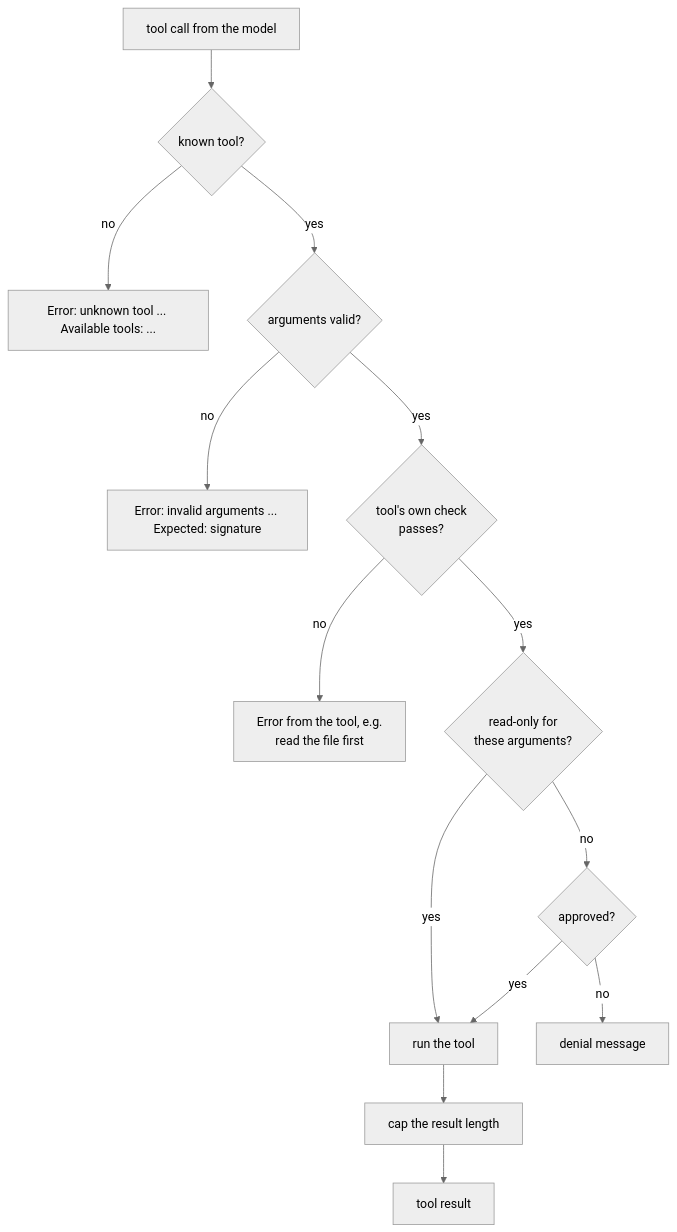
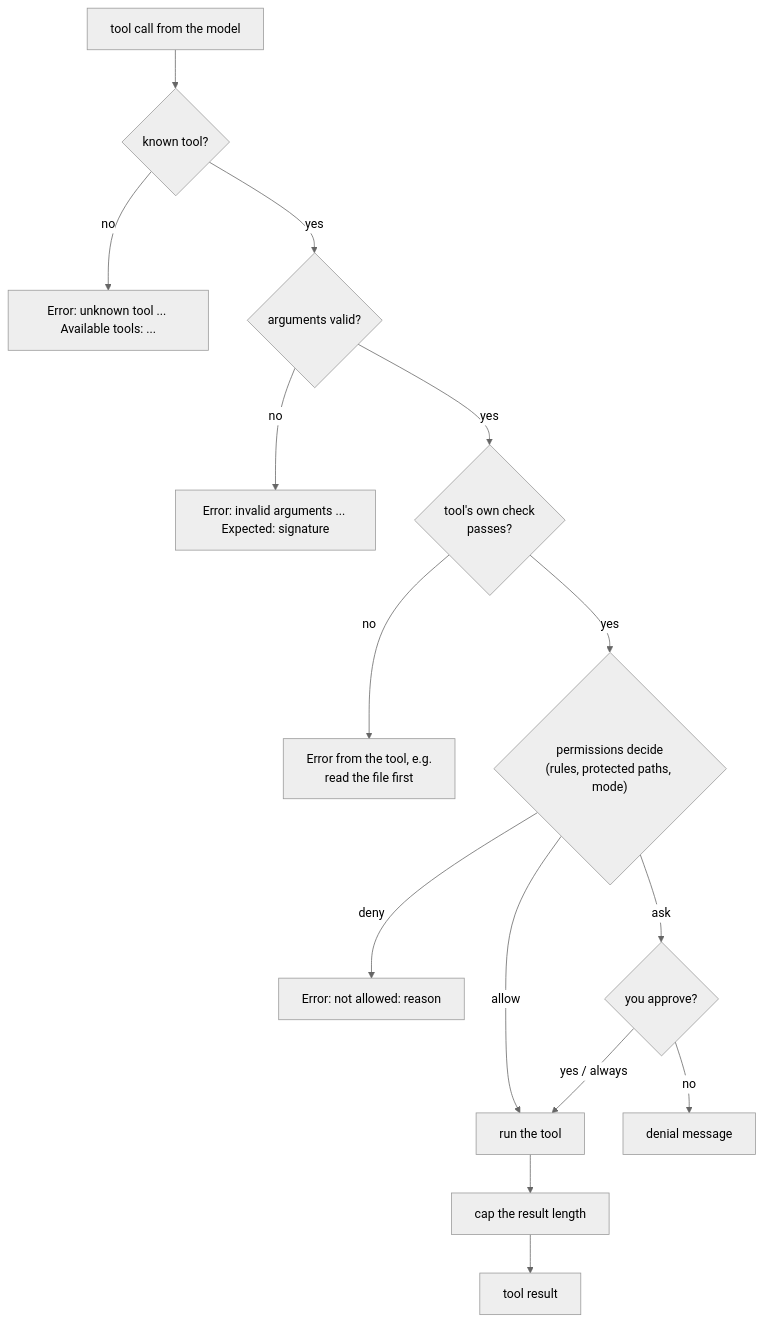
Before and after one commit to havish-coder/agent-harness: the fourth of 5 diagrams in docs/architecture.md, drawn with Mermaid (neutral theme). The commit also changed other lines of this file and 31 other files, not shown here.

````diff
--- a/docs/architecture.md
+++ b/docs/architecture.md
@@ -89,15 +89,16 @@
 ```mermaid
 flowchart TD
     C[tool call from the model] --> K{known tool?}
     K -- no --> E1["Error: unknown tool ... Available tools: ..."]
     K -- yes --> V{arguments valid?}
     V -- no --> E2["Error: invalid arguments ... Expected: signature"]
     V -- yes --> TC{tool's own check<br/>passes?}
     TC -- no --> E3["Error from the tool, e.g.<br/>read the file first"]
-    TC -- yes --> R{read-only for<br/>these arguments?}
-    R -- yes --> RUN[run the tool]
-    R -- no --> A{approved?}
+    TC -- yes --> P{"permissions decide<br/>(rules, protected paths, mode)"}
+    P -- deny --> E4["Error: not allowed: reason"]
+    P -- allow --> RUN[run the tool]
+    P -- ask --> A{you approve?}
     A -- no --> D[denial message]
-    A -- yes --> RUN
+    A -- "yes / always" --> RUN
     RUN --> T[cap the result length] --> OUT[tool result]
 ```
````
